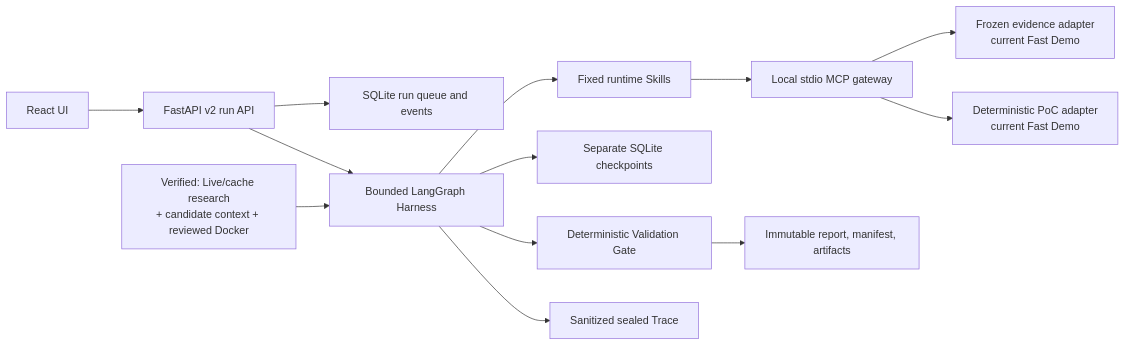
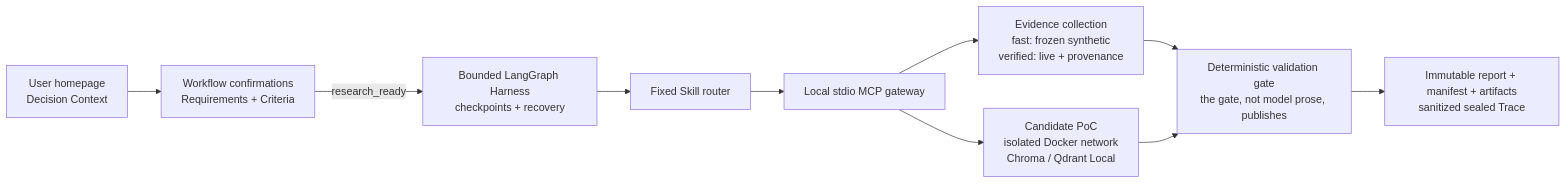
Before and after one commit to bluefateludi/MOMO-TechScout: the third of 4 diagrams in README.md, drawn with Mermaid. The commit also changed other lines of this file, not shown here.

First line of the commit message:
docs: bilingual README with tech stack diagram, run logic, FAQ and badges

````diff
--- a/README.md
+++ b/README.md
@@ -93,15 +252,12 @@
 ```mermaid
 flowchart LR
-    UI["React UI"] --> API["FastAPI v2 run API"]
-    API --> Q["SQLite run queue and events"]
-    API --> H["Bounded LangGraph Harness"]
-    H --> SK["Fixed runtime Skills"]
+    U["User homepage<br/>Decision Context"] --> W["Workflow confirmations<br/>Requirements + Criteria"]
+    W -->|research_ready| H["Bounded LangGraph Harness<br/>checkpoints + recovery"]
+    H --> SK["Fixed Skill router"]
     SK --> MCP["Local stdio MCP gateway"]
-    MCP --> FE["Frozen evidence adapter\ncurrent Fast Demo"]
-    MCP --> FP["Deterministic PoC adapter\ncurrent Fast Demo"]
-    H --> CP["Separate SQLite checkpoints"]
-    H --> VG["Deterministic Validation Gate"]
-    VG --> AR["Immutable report, manifest, artifacts"]
-    H --> TR["Sanitized sealed Trace"]
-    LIVE["Verified: Live/cache research\n+ candidate context + reviewed Docker"] --> H
+    MCP --> EV["Evidence collection<br/>fast: frozen synthetic<br/>verified: live + provenance"]
+    MCP --> POC["Candidate PoC<br/>isolated Docker network<br/>Chroma / Qdrant Local"]
+    EV --> G["Deterministic validation gate<br/>the gate, not model prose, publishes"]
+    POC --> G
+    G --> R["Immutable report + manifest + artifacts<br/>sanitized sealed Trace"]
 ```
````
